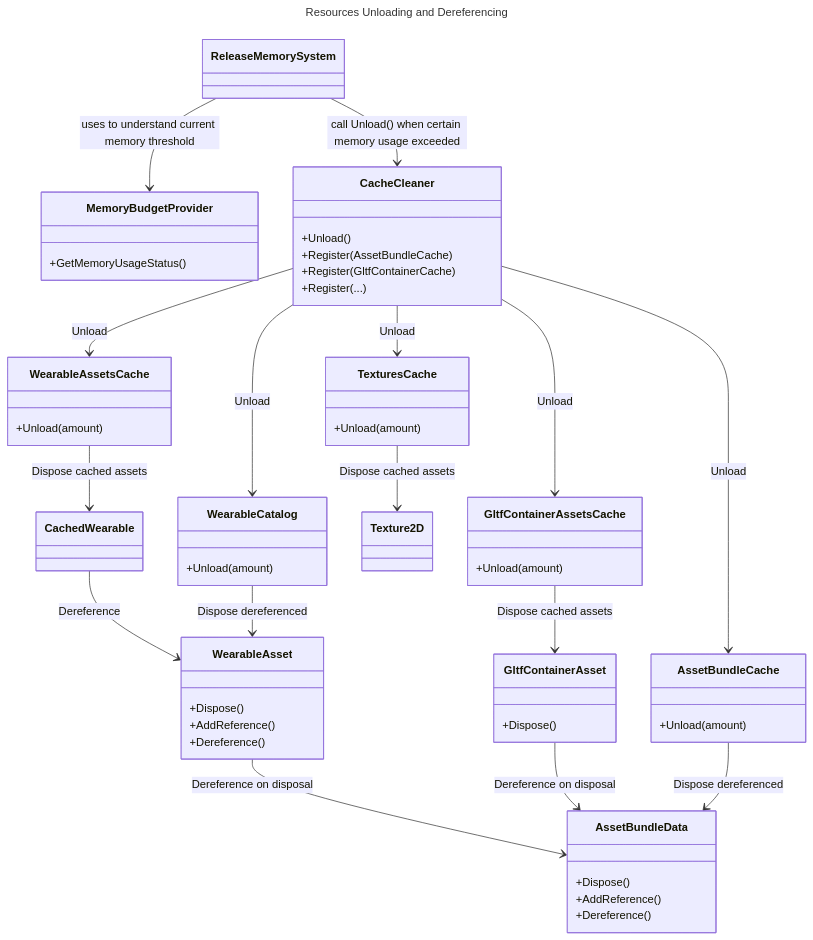
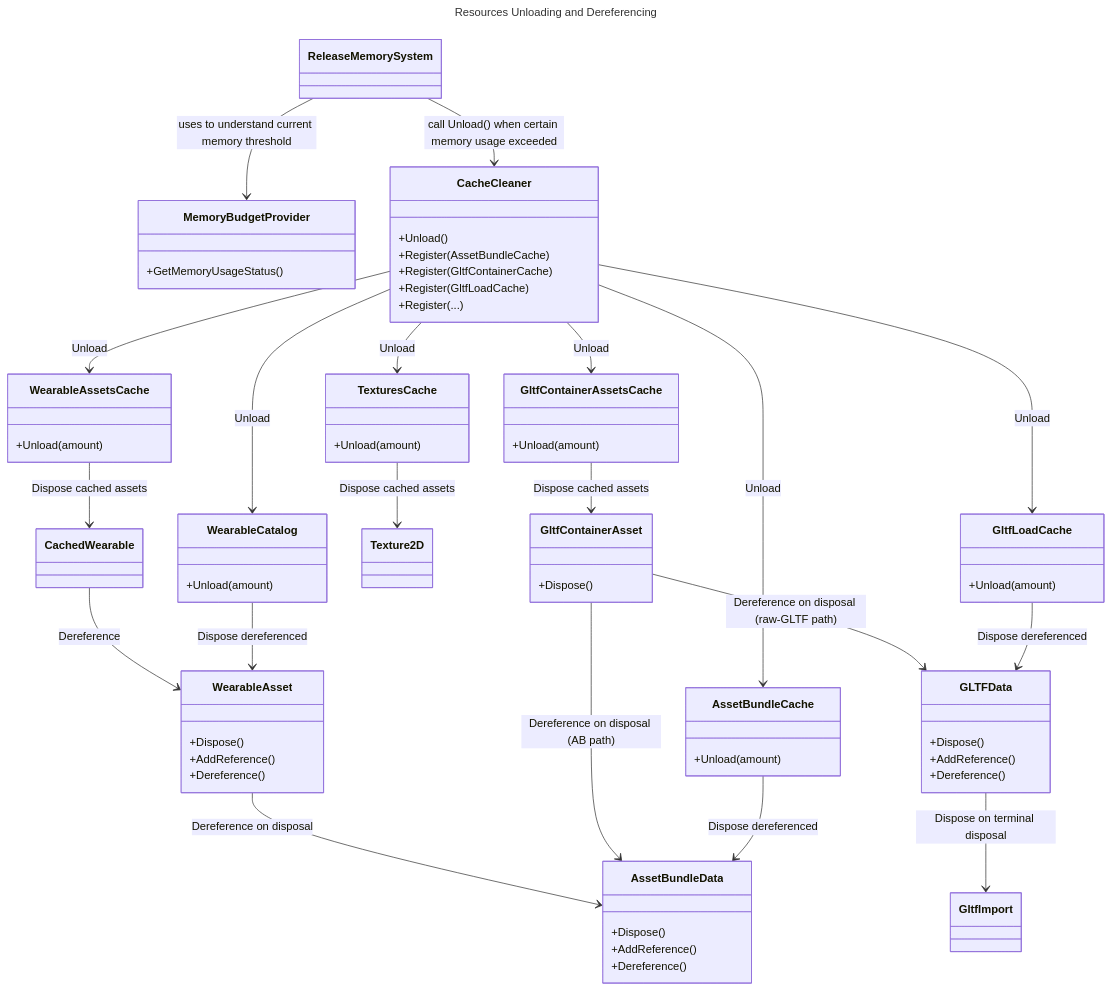
The second of 2 diagrams in docs/memory-budgeting-and-resource-unloading.md (decentraland/unity-explorer), drawn with Mermaid before and after one commit. The commit also changed other lines of this file and 6 other files, not shown here.

````diff
--- a/docs/memory-budgeting-and-resource-unloading.md
+++ b/docs/memory-budgeting-and-resource-unloading.md
@@ -37,50 +37,61 @@
 ```mermaid
 ---
 title: Resources Unloading and Dereferencing
 ---
 classDiagram
     ReleaseMemorySystem --> MemoryBudgetProvider : uses to understand current memory threshold
     MemoryBudgetProvider : +GetMemoryUsageStatus()
     ReleaseMemorySystem --> CacheCleaner : call Unload() when certain memory usage exceeded
 
     class CacheCleaner {
         +Unload()
         +Register(AssetBundleCache)
         +Register(GltfContainerCache)
+        +Register(GltfLoadCache)
         +Register(...)
     }
 
     CacheCleaner --> TexturesCache : Unload
     CacheCleaner --> WearableAssetsCache : Unload
     CacheCleaner --> WearableCatalog : Unload
     CacheCleaner --> GltfContainerAssetsCache : Unload
+    CacheCleaner --> GltfLoadCache : Unload
     CacheCleaner --> AssetBundleCache : Unload
 
     %% Cache Classes
     class TexturesCache{ +Unload(amount) }
     class WearableAssetsCache{ +Unload(amount) }
     class WearableCatalog{ +Unload(amount) }
     class GltfContainerAssetsCache { +Unload(amount) }
+    class GltfLoadCache { +Unload(amount) }
     class AssetBundleCache{ +Unload(amount) }
 
     %% Other Associations
     TexturesCache --> Texture2D : Dispose cached assets
     WearableAssetsCache --> CachedWearable : Dispose cached assets
     CachedWearable --> WearableAsset : Dereference
     WearableCatalog --> WearableAsset : Dispose dereferenced
     WearableAsset --> AssetBundleData: Dereference on disposal
     class WearableAsset {
         +Dispose()
         +AddReference()
         +Dereference()
     }
     GltfContainerAssetsCache --> GltfContainerAsset : Dispose cached assets
     GltfContainerAsset : +Dispose()
-    GltfContainerAsset --> AssetBundleData : Dereference on disposal
+    GltfContainerAsset --> AssetBundleData : Dereference on disposal (AB path)
+    GltfContainerAsset --> GLTFData : Dereference on disposal (raw-GLTF path)
+    GltfLoadCache --> GLTFData : Dispose dereferenced
+    GLTFData --> GltfImport : Dispose on terminal disposal
+    class GLTFData {
+        +Dispose()
+        +AddReference()
+        +Dereference()
+    }
     AssetBundleCache --> AssetBundleData : Dispose dereferenced
     class AssetBundleData {
         +Dispose()
         +AddReference()
         +Dereference()
     }
 ```
````
